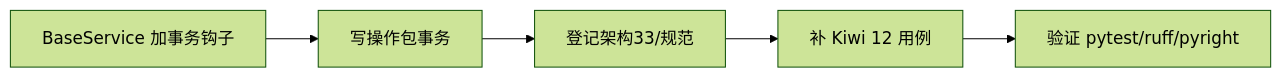
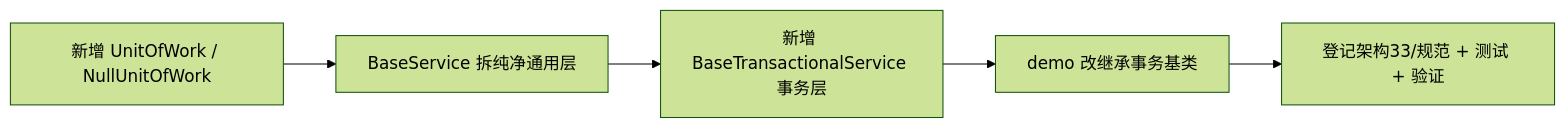
Before and after one commit to minjian123/basic-management-system: the diagram in bms文档/项目/01_项目骨架/任务/02_后端基座/02_后端基座_02_模块基类/02_后端基座_02_模块基类_02_服务基类/实施/01_实施_01_服务基类.md, drawn with Mermaid (forest theme). The commit also changed other lines of this file and 14 other files, not shown here.

Commit message:
refactor(后端基座): 02-2-2 服务基类拆两层并引入工作单元 UnitOfWork

````diff
--- a/bms文档/项目/01_项目骨架/任务/02_后端基座/02_后端基座_02_模块基类/02_后端基座_02_模块基类_02_服务基类/实施/01_实施_01_服务基类.md
+++ b/bms文档/项目/01_项目骨架/任务/02_后端基座/02_后端基座_02_模块基类/02_后端基座_02_模块基类_02_服务基类/实施/01_实施_01_服务基类.md
@@ -22,7 +22,7 @@
 ```mermaid
 flowchart LR
-    A[BaseService 加事务钩子] --> B[写操作包事务]
-    B --> C[登记架构33/规范]
-    C --> D[补 Kiwi 12 用例]
-    D --> E[验证 pytest/ruff/pyright]
+    A[新增 UnitOfWork / NullUnitOfWork] --> B[BaseService 拆纯净通用层]
+    B --> C[新增 BaseTransactionalService 事务层]
+    C --> D[demo 改继承事务基类]
+    D --> E[登记架构33/规范 + 测试 + 验证]
 ```
````
